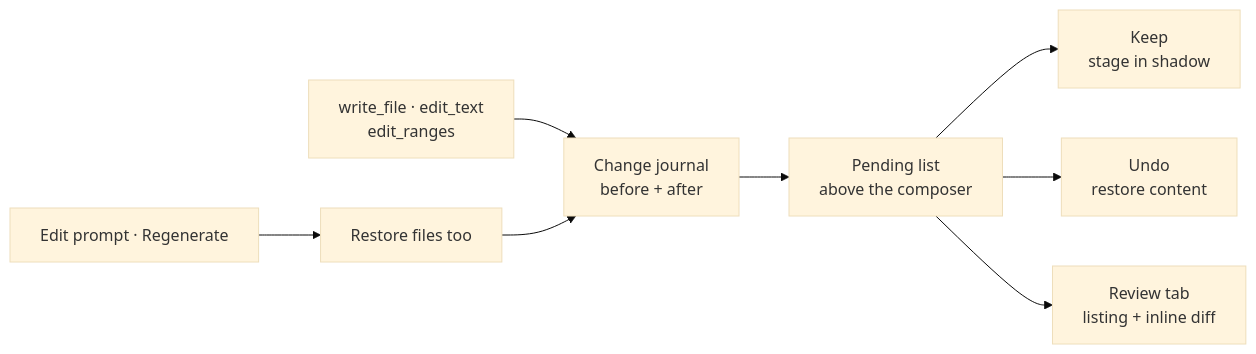
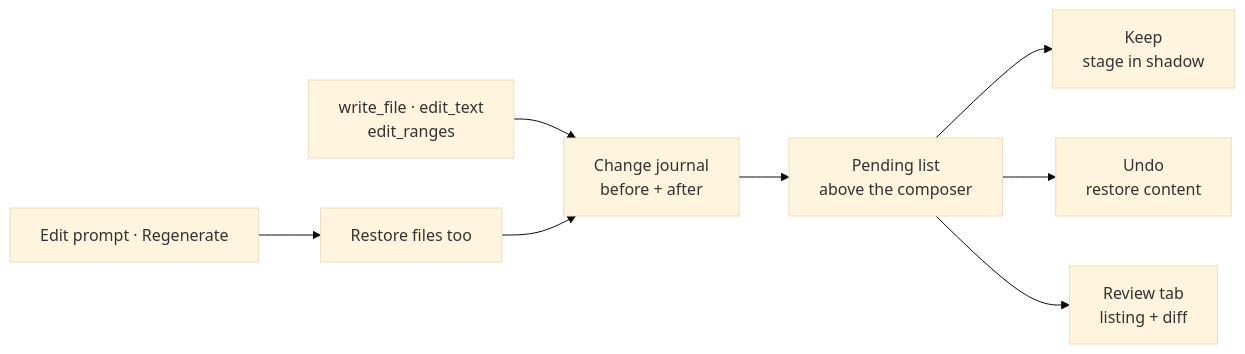
The diagram in docs/guide/checkpoints.md (zeroDtree/comonad-vscode-extension), drawn with Mermaid (base theme) before and after one commit. The commit also changed other lines of this file and 28 other files, not shown here.

````diff
--- a/docs/guide/checkpoints.md
+++ b/docs/guide/checkpoints.md
@@ -7,10 +7,10 @@
 ```mermaid
 flowchart LR
   Write["write_file · edit_text<br/>edit_ranges"] --> Journal["Change journal<br/>before + after"]
   Journal --> Pending["Pending list<br/>above the composer"]
   Pending --> Keep["Keep<br/>stage in shadow"]
   Pending --> Undo["Undo<br/>restore content"]
-  Pending --> Review["Review tab<br/>listing + inline diff"]
+  Pending --> Review["Review tab<br/>listing + diff"]
   Prompt["Edit prompt · Regenerate"] --> Restore["Restore files too"]
   Restore --> Journal
 ```
````
